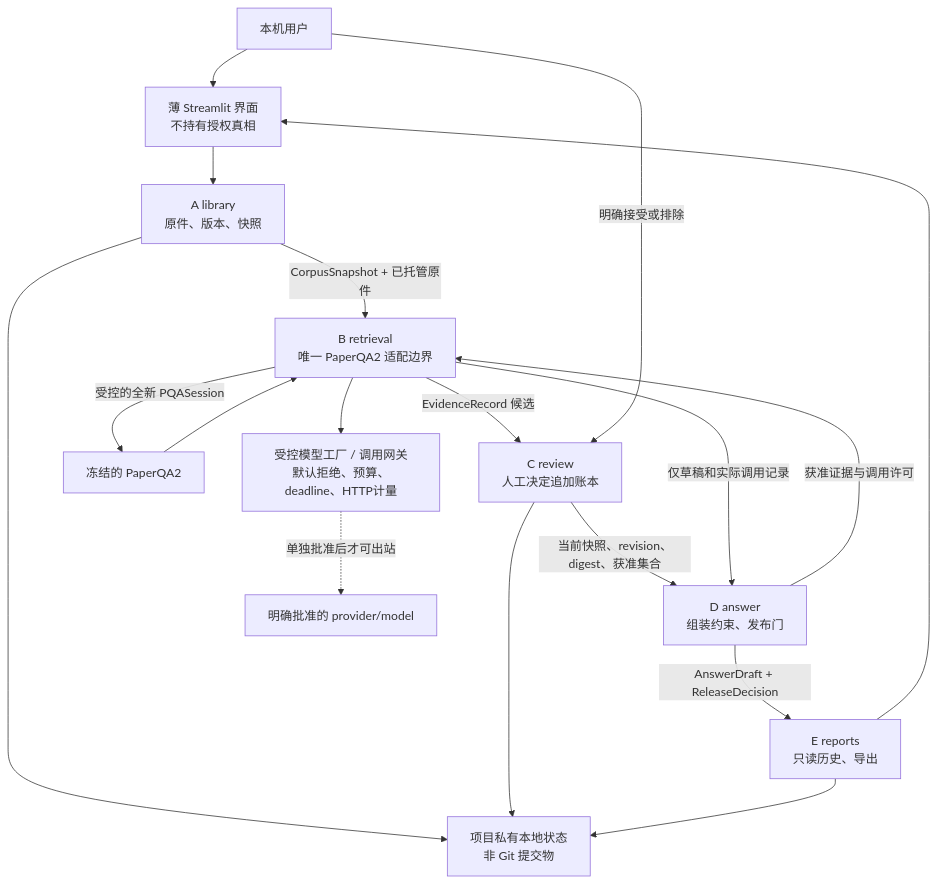
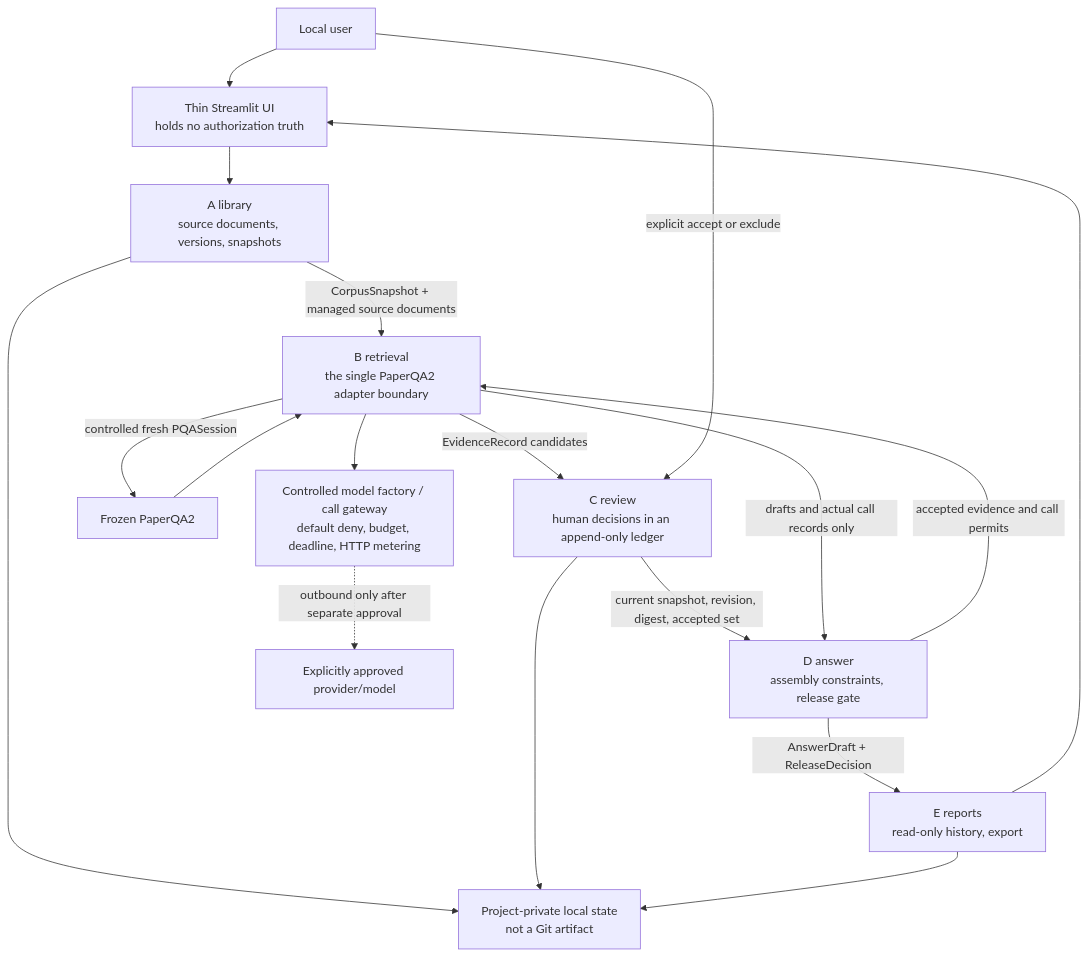
The diagram in architecture-blueprint.md (537Lab/PaperTrace), drawn with Mermaid before and after one commit. The commit also changed other lines of this file and 76 other files, not shown here.

````diff
--- a/architecture-blueprint.md
+++ b/architecture-blueprint.md
@@ -36,20 +36,20 @@
 ```mermaid
 flowchart TB
-    U[本机用户] --> UI[薄 Streamlit 界面\n不持有授权真相]
-    UI --> A[A library\n原件、版本、快照]
-    A -->|CorpusSnapshot + 已托管原件| B[B retrieval\n唯一 PaperQA2 适配边界]
-    B -->|EvidenceRecord 候选| C[C review\n人工决定追加账本]
-    U -->|明确接受或排除| C
-    C -->|当前快照、revision、digest、获准集合| D[D answer\n组装约束、发布门]
-    D -->|获准证据与调用许可| B
-    B -->|受控的全新 PQASession| PQ[冻结的 PaperQA2]
+    U[Local user] --> UI[Thin Streamlit UI\nholds no authorization truth]
+    UI --> A[A library\nsource documents, versions, snapshots]
+    A -->|CorpusSnapshot + managed source documents| B[B retrieval\nthe single PaperQA2 adapter boundary]
+    B -->|EvidenceRecord candidates| C[C review\nhuman decisions in an append-only ledger]
+    U -->|explicit accept or exclude| C
+    C -->|current snapshot, revision, digest, accepted set| D[D answer\nassembly constraints, release gate]
+    D -->|accepted evidence and call permits| B
+    B -->|controlled fresh PQASession| PQ[Frozen PaperQA2]
     PQ --> B
-    B -->|仅草稿和实际调用记录| D
-    D -->|AnswerDraft + ReleaseDecision| E[E reports\n只读历史、导出]
+    B -->|drafts and actual call records only| D
+    D -->|AnswerDraft + ReleaseDecision| E[E reports\nread-only history, export]
     E --> UI
-    B --> G[受控模型工厂 / 调用网关\n默认拒绝、预算、deadline、HTTP计量]
-    G -. 单独批准后才可出站 .-> M[明确批准的 provider/model]
-    A --> S[项目私有本地状态\n非 Git 提交物]
+    B --> G[Controlled model factory / call gateway\ndefault deny, budget, deadline, HTTP metering]
+    G -. outbound only after separate approval .-> M[Explicitly approved provider/model]
+    A --> S[Project-private local state\nnot a Git artifact]
     C --> S
     E --> S
 ```
````
